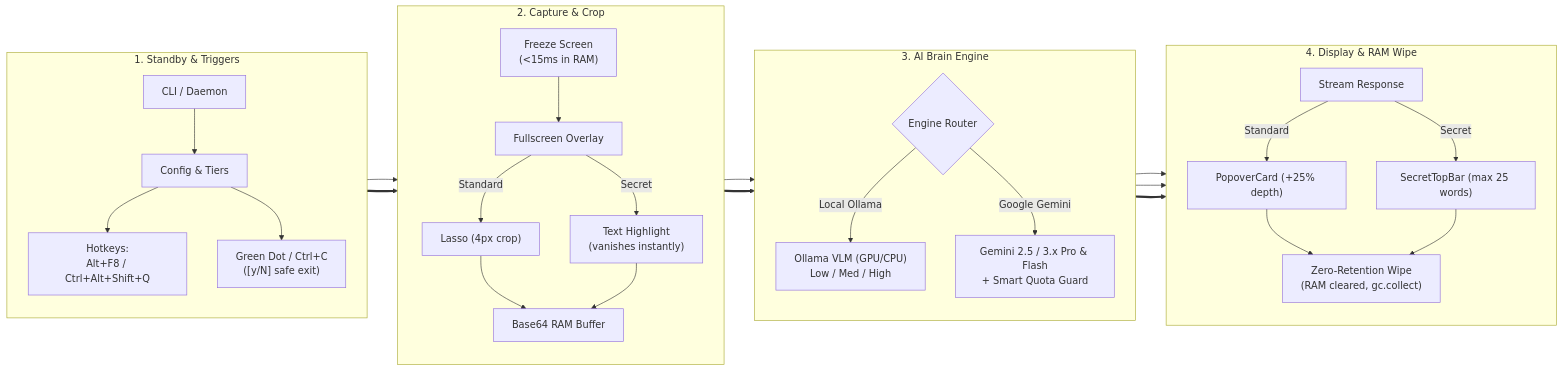
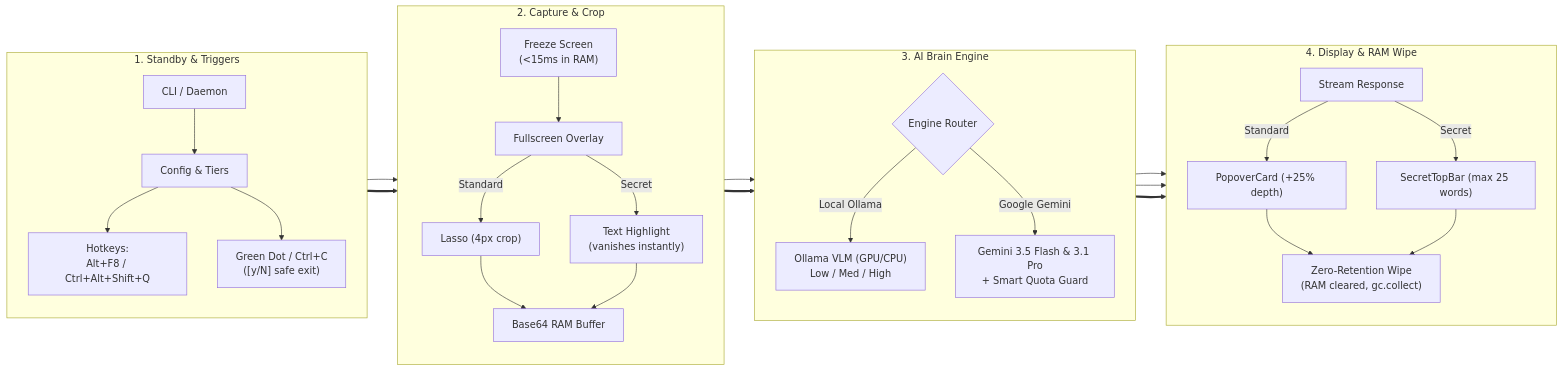
The diagram in README.md (Jalop-end/ai-lens), drawn with Mermaid before and after one commit. The commit also changed other lines of this file and 1 other file, not shown here.

Commit message:
docs: update README and SPECIFICATIONS to Gemini 3.5 models

````diff
--- a/README.md
+++ b/README.md
@@ -273,38 +271,38 @@
 ```mermaid
 flowchart LR
     subgraph S1 ["1. Standby & Triggers"]
         direction TB
         CLI["CLI / Daemon"] --> CFG["Config & Tiers"]
         CFG --> HK["Hotkeys:<br/>Alt+F8 / Ctrl+Alt+Shift+Q"]
         CFG --> DOT["Green Dot / Ctrl+C<br/>([y/N] safe exit)"]
     end
 
     subgraph S2 ["2. Capture & Crop"]
         direction TB
         HK --> CAP["Freeze Screen<br/>(&lt;15ms in RAM)"]
         CAP --> OVR["Fullscreen Overlay"]
         OVR -->|"Standard"| LASSO["Lasso (4px crop)"]
         OVR -->|"Secret"| RECT["Text Highlight<br/>(vanishes instantly)"]
         LASSO --> CROP["Base64 RAM Buffer"]
         RECT --> CROP
     end
 
     subgraph S3 ["3. AI Brain Engine"]
         direction TB
         CROP --> ROUTE{"Engine Router"}
         ROUTE -->|"Local Ollama"| LOCAL["Ollama VLM (GPU/CPU)<br/>Low / Med / High"]
-        ROUTE -->|"Google Gemini"| CLOUD["Gemini 2.5 / 3.x Pro & Flash<br/>+ Smart Quota Guard"]
+        ROUTE -->|"Google Gemini"| CLOUD["Gemini 3.5 Flash & 3.1 Pro<br/>+ Smart Quota Guard"]
     end
 
     subgraph S4 ["4. Display & RAM Wipe"]
         direction TB
         LOCAL --> DISP["Stream Response"]
         CLOUD --> DISP
         DISP -->|"Standard"| POP["PopoverCard (+25% depth)"]
         DISP -->|"Secret"| BAR["SecretTopBar (max 25 words)"]
         POP --> WIPE["Zero-Retention Wipe<br/>(RAM cleared, gc.collect)"]
         BAR --> WIPE
     end
 
     S1 ==> S2 ==> S3 ==> S4
 ```
````
